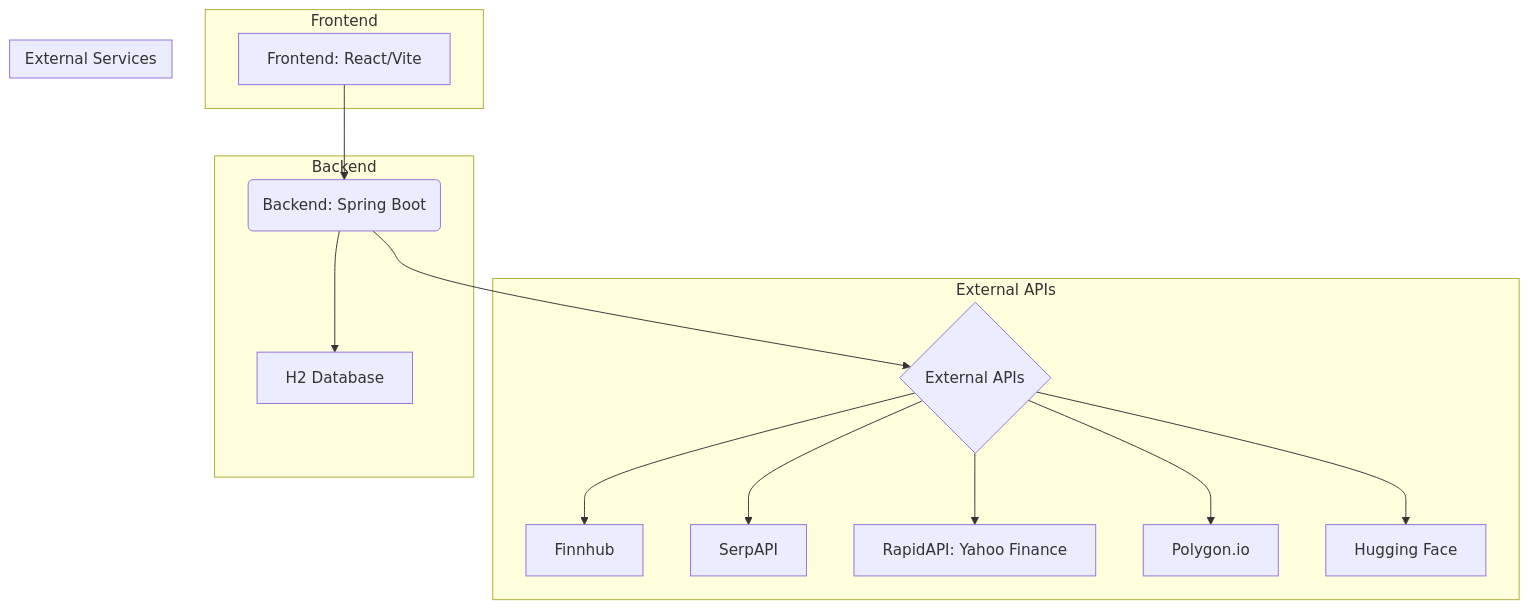
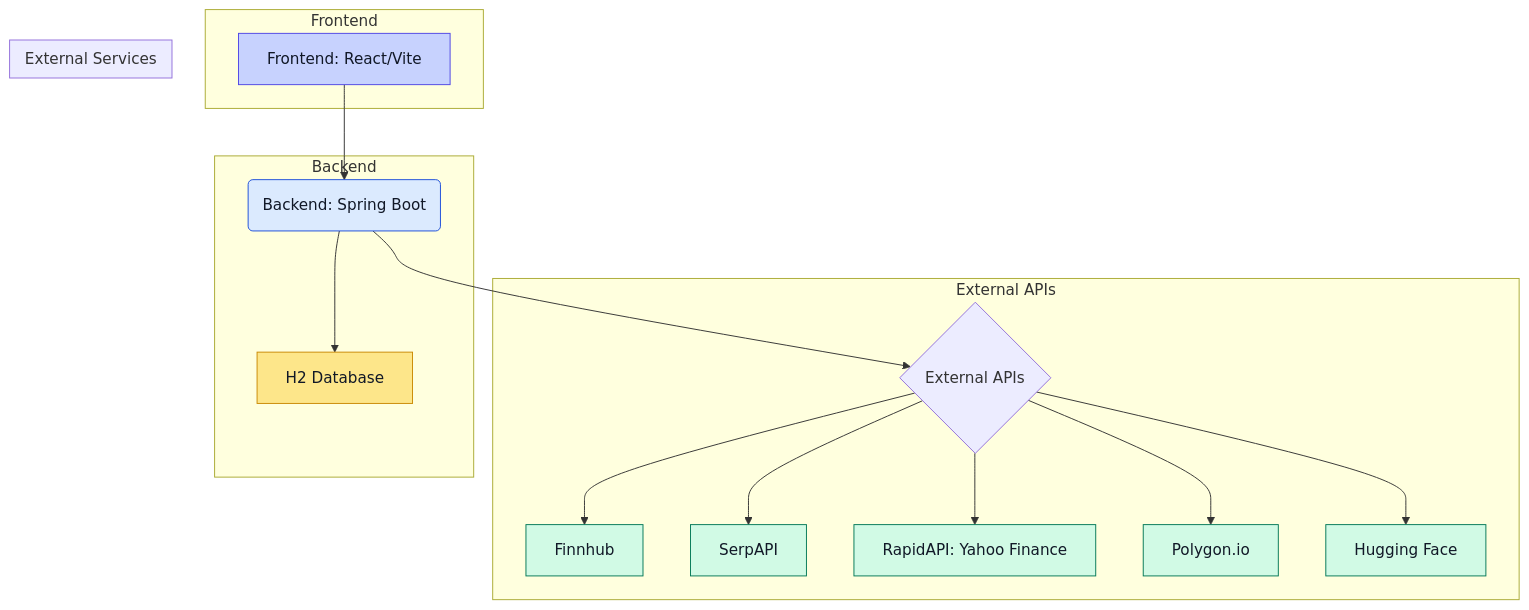
The first of 3 diagrams in README.md (AbaSheger/borsvy), drawn with Mermaid before and after one commit. The commit also changed other lines of this file, not shown here.

Commit message:
style: Add color to README architecture diagrams

````diff
--- a/README.md
+++ b/README.md
@@ -8,32 +8,42 @@
 ```mermaid
 graph TD
     A[Frontend: React/Vite] --> B(Backend: Spring Boot);
     B --> C{External APIs};
     
     subgraph "External APIs"
         C --> FIN[Finnhub];
         C --> SERP[SerpAPI];
         C --> RAPID[RapidAPI: Yahoo Finance];
         C --> POLY[Polygon.io];
         C --> HF[Hugging Face];
     end
     
     B --> DB[H2 Database];
 
     subgraph Frontend
         A
     end
     
     subgraph Backend
         B
         DB
     end
     
     subgraph "External Services"
         FIN
         SERP
         RAPID
         POLY
         HF
     end
+    
+    classDef frontend fill:#C7D2FE,stroke:#4F46E5,color:#111827;
+    classDef backend fill:#DBEAFE,stroke:#1D4ED8,color:#111827;
+    classDef database fill:#FDE68A,stroke:#CA8A04,color:#111827;
+    classDef external fill:#D1FAE5,stroke:#047857,color:#111827;
+    
+    class A frontend;
+    class B backend;
+    class DB database;
+    class FIN,SERP,RAPID,POLY,HF external;
 ```
````
